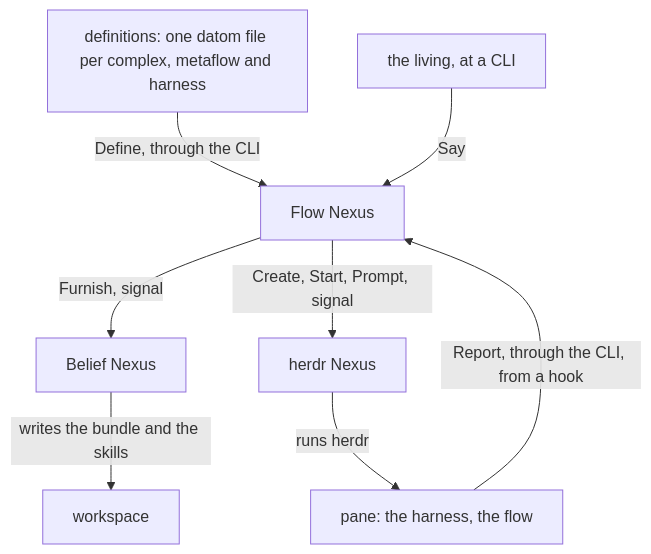
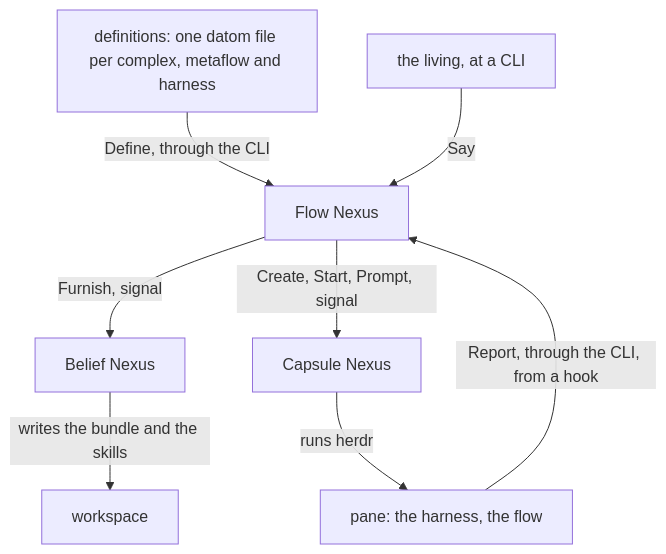
The third of 3 diagrams in vision/complex/1.md (LiGoldragon/psyche-belief), drawn with Mermaid before and after one commit. The commit also changed other lines of this file and 3 other files, not shown here.

First line of the commit message:
vision capsule-nexus 0: the herdr Nexus is the Capsule Nexus, with herdr as its backend, at version 0

````diff
--- a/vision/complex/1.md
+++ b/vision/complex/1.md
@@ -84,10 +84,10 @@
 ```mermaid
 flowchart TB
     d["definitions: one datom file per complex, metaflow and harness"] -- "Define, through the CLI" --> f["Flow Nexus"]
     f -- "Furnish, signal" --> b["Belief Nexus"]
-    f -- "Create, Start, Prompt, signal" --> h["herdr Nexus"]
+    f -- "Create, Start, Prompt, signal" --> h["Capsule Nexus"]
     b -- "writes the bundle and the skills" --> w["workspace"]
     h -- "runs herdr" --> p["pane: the harness, the flow"]
     p -- "Report, through the CLI, from a hook" --> f
     l["the living, at a CLI"] -- "Say" --> f
 ```
````
